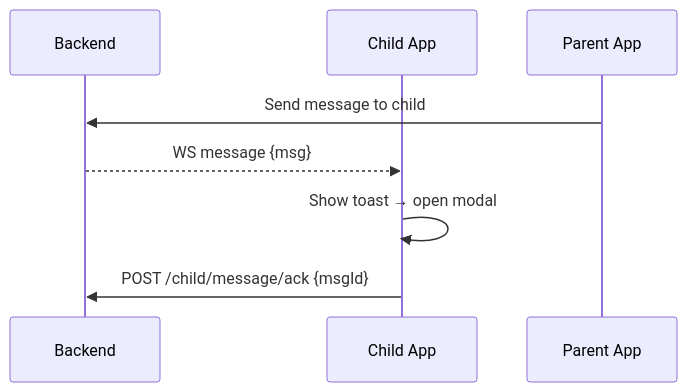
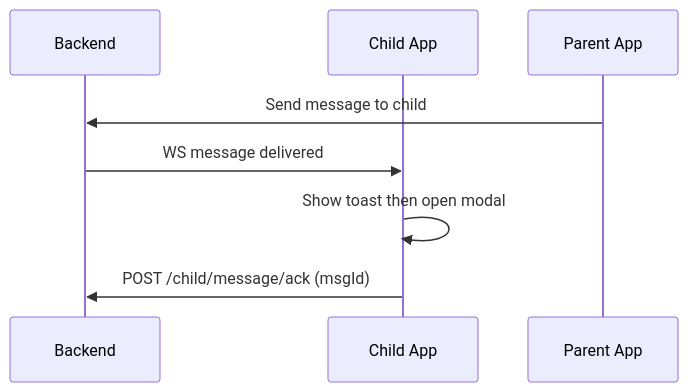
The diagram in Doc/Child app/features/07_parent_messaging_acknowledgement.md (maiElkheshen066/safeGuard), drawn with Mermaid before and after one commit. The commit also changed other lines of this file and 9 other files, not shown here.

````diff
--- a/Doc/Child app/features/07_parent_messaging_acknowledgement.md
+++ b/Doc/Child app/features/07_parent_messaging_acknowledgement.md
@@ -26,10 +26,10 @@
 ```mermaid
 sequenceDiagram
   participant B as Backend
   participant C as Child App
   participant P as Parent App
   P->>B: Send message to child
-  B-->>C: WS message {msg}
-  C->>C: Show toast → open modal
-  C->>B: POST /child/message/ack {msgId}
+  B->>C: WS message delivered
+  C->>C: Show toast then open modal
+  C->>B: POST /child/message/ack (msgId)
 ```
````
